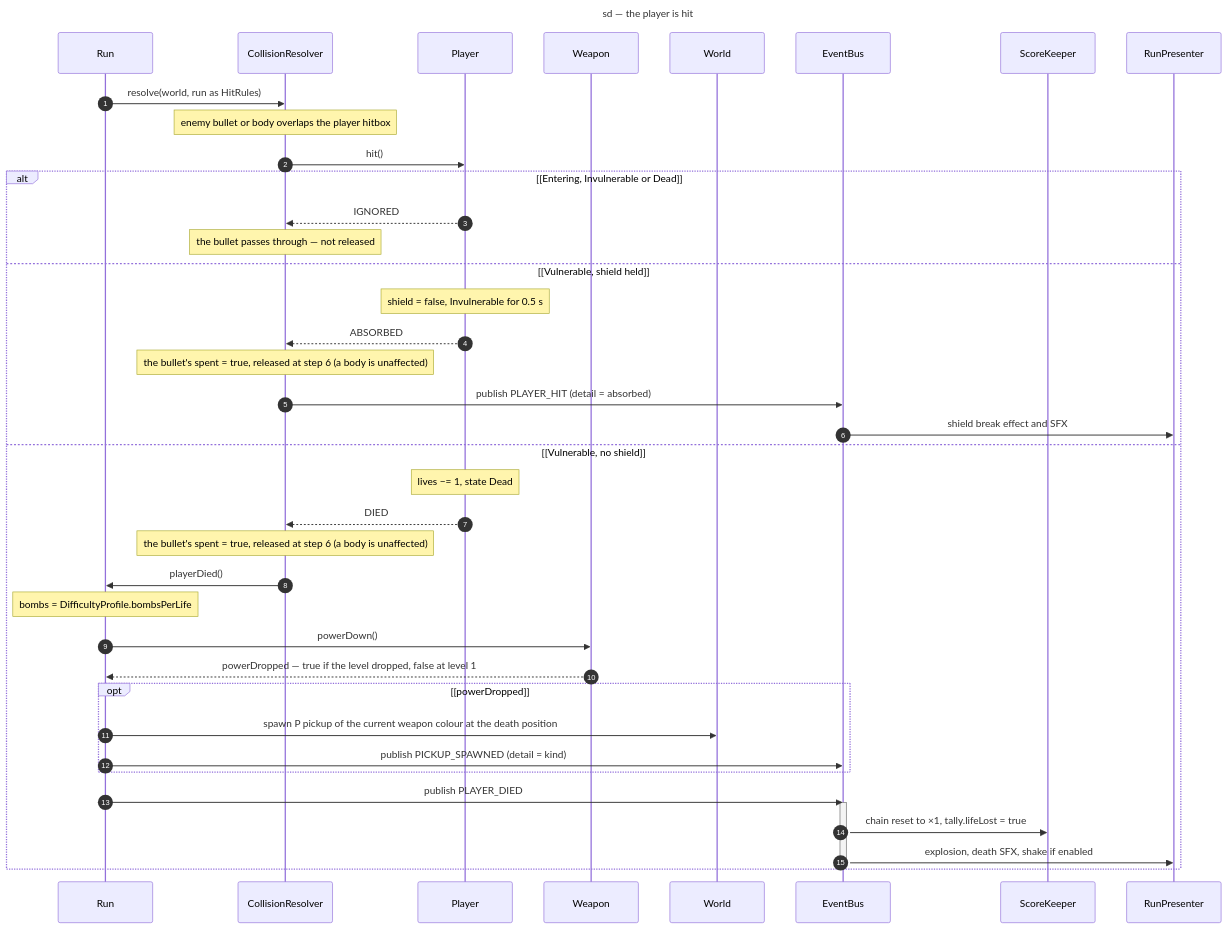
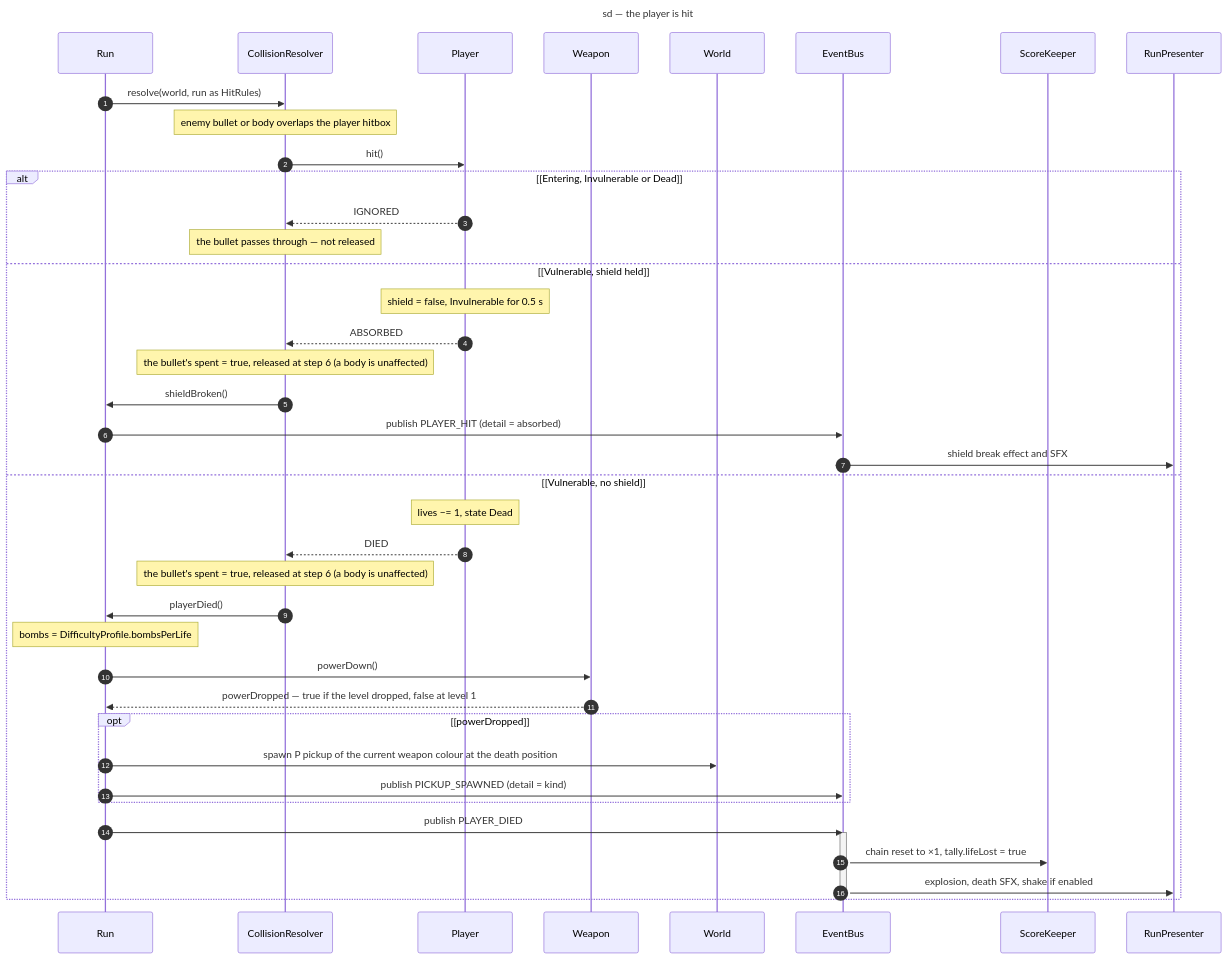
One commit to benoit-bremaud/retro-shmup changed the diagram in docs/architecture/diagrams/gameplay/02-sequence-player-hit.md. Above: the diagram before and after it, drawn with Mermaid. The commit also changed 3 other files, not shown here.

````diff
--- a/docs/architecture/diagrams/gameplay/02-sequence-player-hit.md
+++ b/docs/architecture/diagrams/gameplay/02-sequence-player-hit.md
@@ -18,46 +18,47 @@
 ```mermaid
 ---
 title: sd — the player is hit
 ---
 sequenceDiagram
   autonumber
   participant Run as Run
   participant CR as CollisionResolver
   participant Pl as Player
   participant Wp as Weapon
   participant W as World
   participant Bus as EventBus
   participant SK as ScoreKeeper
   participant P as RunPresenter
 
   Run->>CR: resolve(world, run as HitRules)
   Note over CR: enemy bullet or body overlaps the player hitbox
   CR->>Pl: hit()
   alt [Entering, Invulnerable or Dead]
     Pl-->>CR: IGNORED
     Note over CR: the bullet passes through — not released
   else [Vulnerable, shield held]
     Note over Pl: shield = false, Invulnerable for 0.5 s
     Pl-->>CR: ABSORBED
     Note over CR: the bullet's spent = true, released at step 6 (a body is unaffected)
-    CR->>Bus: publish PLAYER_HIT (detail = absorbed)
+    CR->>Run: shieldBroken()
+    Run->>Bus: publish PLAYER_HIT (detail = absorbed)
     Bus->>P: shield break effect and SFX
   else [Vulnerable, no shield]
     Note over Pl: lives −= 1, state Dead
     Pl-->>CR: DIED
     Note over CR: the bullet's spent = true, released at step 6 (a body is unaffected)
     CR->>Run: playerDied()
     Note over Run: bombs = DifficultyProfile.bombsPerLife
     Run->>Wp: powerDown()
     Wp-->>Run: powerDropped — true if the level dropped, false at level 1
     opt [powerDropped]
       Run->>W: spawn P pickup of the current weapon colour at the death position
       Run->>Bus: publish PICKUP_SPAWNED (detail = kind)
     end
     Run->>Bus: publish PLAYER_DIED
     activate Bus
     Bus->>SK: chain reset to ×1, tally.lifeLost = true
     Bus->>P: explosion, death SFX, shake if enabled
     deactivate Bus
   end
 ```
````
